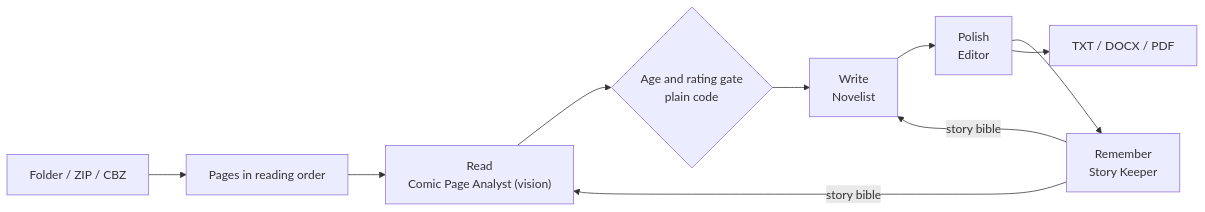
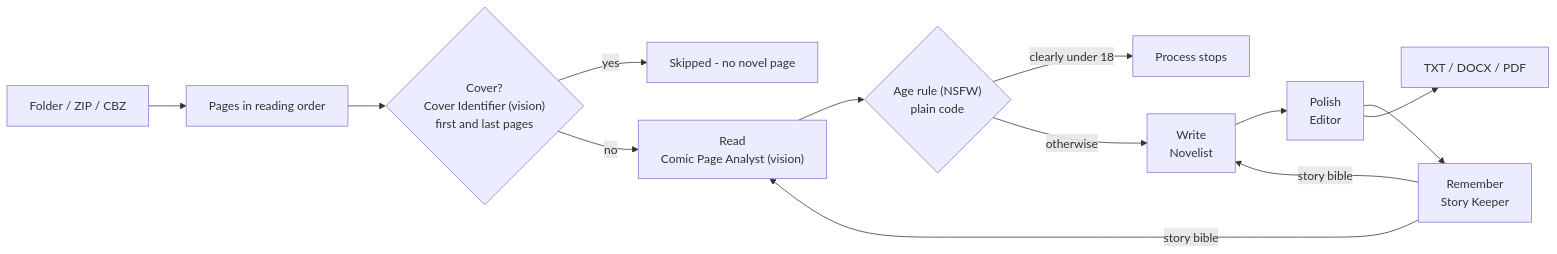
The diagram in README.md (KMC1525/CTS), drawn with Mermaid before and after one commit. The commit also changed other lines of this file and 29 other files, not shown here.

First line of the commit message:
v0.3.0: cover-identify, NSFW age rule, local-engine connection fixes

````diff
--- a/README.md
+++ b/README.md
@@ -73,12 +73,15 @@
 ```mermaid
 flowchart LR
     A[Folder / ZIP / CBZ] --> B[Pages in reading order]
-    B --> C["Read<br/>Comic Page Analyst (vision)"]
-    C --> D{Age and rating gate<br/>plain code}
-    D --> E["Write<br/>Novelist"]
+    B --> K{"Cover?<br/>Cover Identifier (vision)<br/>first and last pages"}
+    K -->|yes| X[Skipped - no novel page]
+    K -->|no| C["Read<br/>Comic Page Analyst (vision)"]
+    C --> D{"Age rule (NSFW)<br/>plain code"}
+    D -->|clearly under 18| S[Process stops]
+    D -->|otherwise| E["Write<br/>Novelist"]
     E --> F["Polish<br/>Editor"]
     F --> G["Remember<br/>Story Keeper"]
     G -->|story bible| C
     G -->|story bible| E
     F --> H[TXT / DOCX / PDF]
 ```
````
